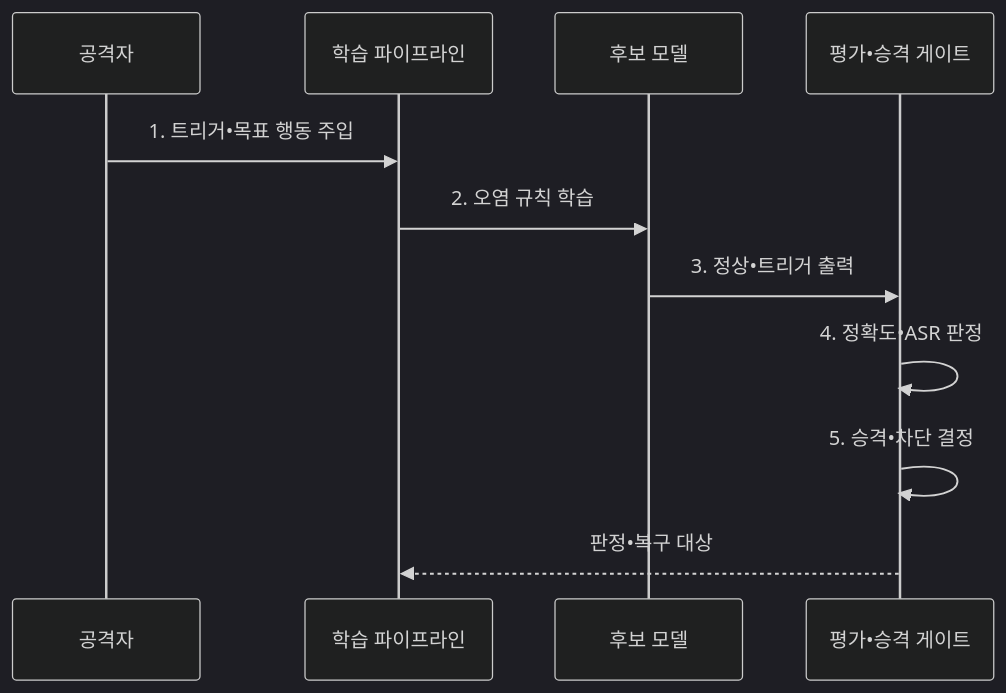
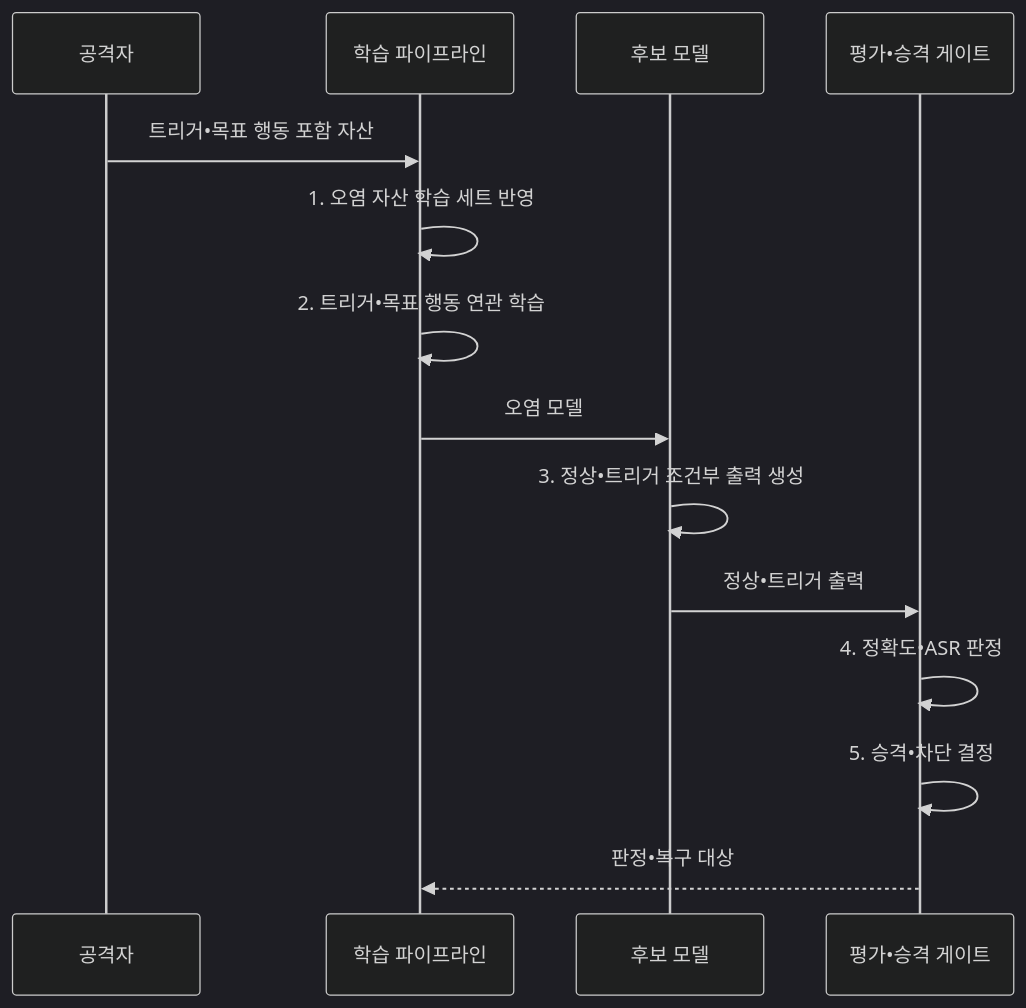
One commit to agnusdei1207/knowledge-base changed the second of 2 diagrams in src/content/docs/notes/05-security/085_backdoor_attack.md. Above: the diagram before and after it, drawn with Mermaid (dark theme). The commit also changed other lines of this file and 14 other files, not shown here.

````diff
--- a/src/content/docs/notes/05-security/085_backdoor_attack.md
+++ b/src/content/docs/notes/05-security/085_backdoor_attack.md
@@ -102,13 +102,16 @@
 ```mermaid
 sequenceDiagram
     participant A as 공격자
     participant P as 학습 파이프라인
     participant M as 후보 모델
     participant G as 평가•승격 게이트
-    A->>P: 1. 트리거•목표 행동 주입
-    P->>M: 2. 오염 규칙 학습
-    M->>G: 3. 정상•트리거 출력
+    A->>P: 트리거•목표 행동 포함 자산
+    P->>P: 1. 오염 자산 학습 세트 반영
+    P->>P: 2. 트리거•목표 행동 연관 학습
+    P->>M: 오염 모델
+    M->>M: 3. 정상•트리거 조건부 출력 생성
+    M->>G: 정상•트리거 출력
     G->>G: 4. 정확도•ASR 판정
     G->>G: 5. 승격•차단 결정
     G-->>P: 판정•복구 대상
 ```
````
